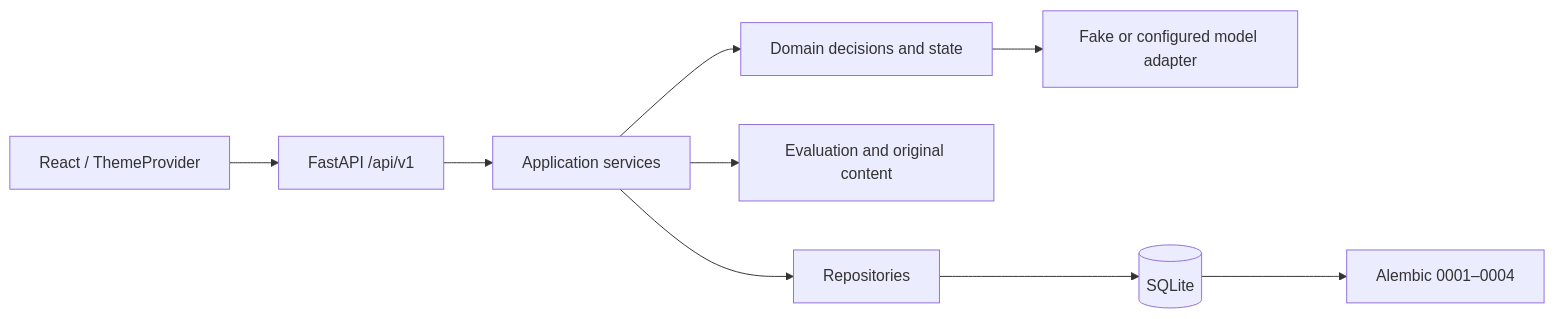
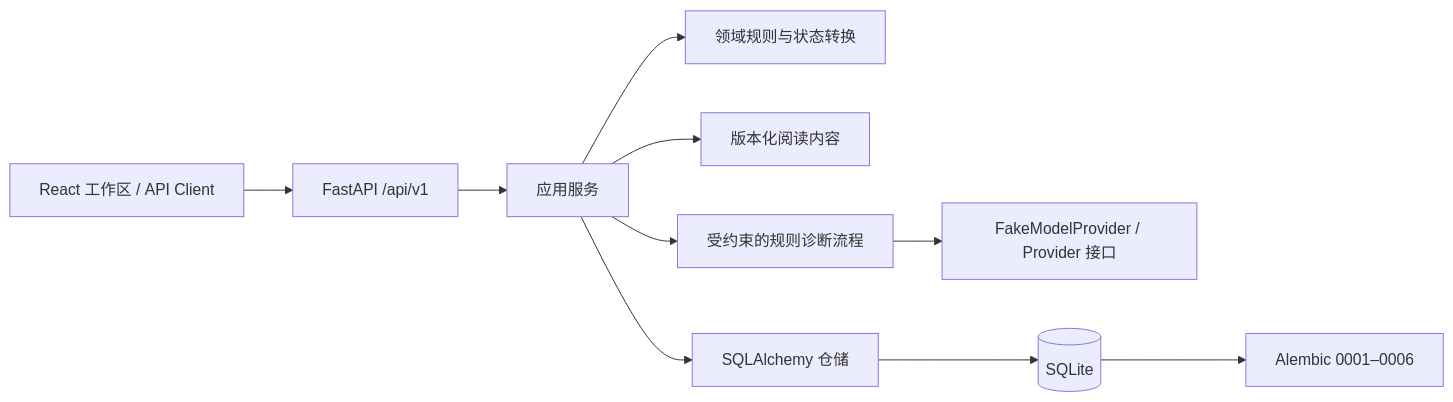
Before and after one commit to KaoruMiyagawa/UnlearnLoop: the diagram in docs/architecture/CURRENT_ARCHITECTURE.md, drawn with Mermaid. The commit also changed other lines of this file and 8 other files, not shown here.

````diff
--- a/docs/architecture/CURRENT_ARCHITECTURE.md
+++ b/docs/architecture/CURRENT_ARCHITECTURE.md
@@ -13,11 +13,12 @@
 ```mermaid
 flowchart LR
-  UI[React / ThemeProvider] --> API[FastAPI /api/v1]
-  API --> S[Application services]
-  S --> D[Domain decisions and state]
-  S --> E[Evaluation and original content]
-  D --> M[Fake or configured model adapter]
-  S --> R[Repositories]
-  R --> DB[(SQLite)]
-  DB --> MIG[Alembic 0001–0004]
+    UI[React 工作区 / API Client] --> API[FastAPI /api/v1]
+    API --> APP[应用服务]
+    APP --> DOMAIN[领域规则与状态转换]
+    APP --> CONTENT[版本化阅读内容]
+    APP --> AGENT[受约束的规则诊断流程]
+    AGENT --> PROVIDER[FakeModelProvider / Provider 接口]
+    APP --> REPO[SQLAlchemy 仓储]
+    REPO --> DB[(SQLite)]
+    DB --> MIG[Alembic 0001–0006]
 ```
````
